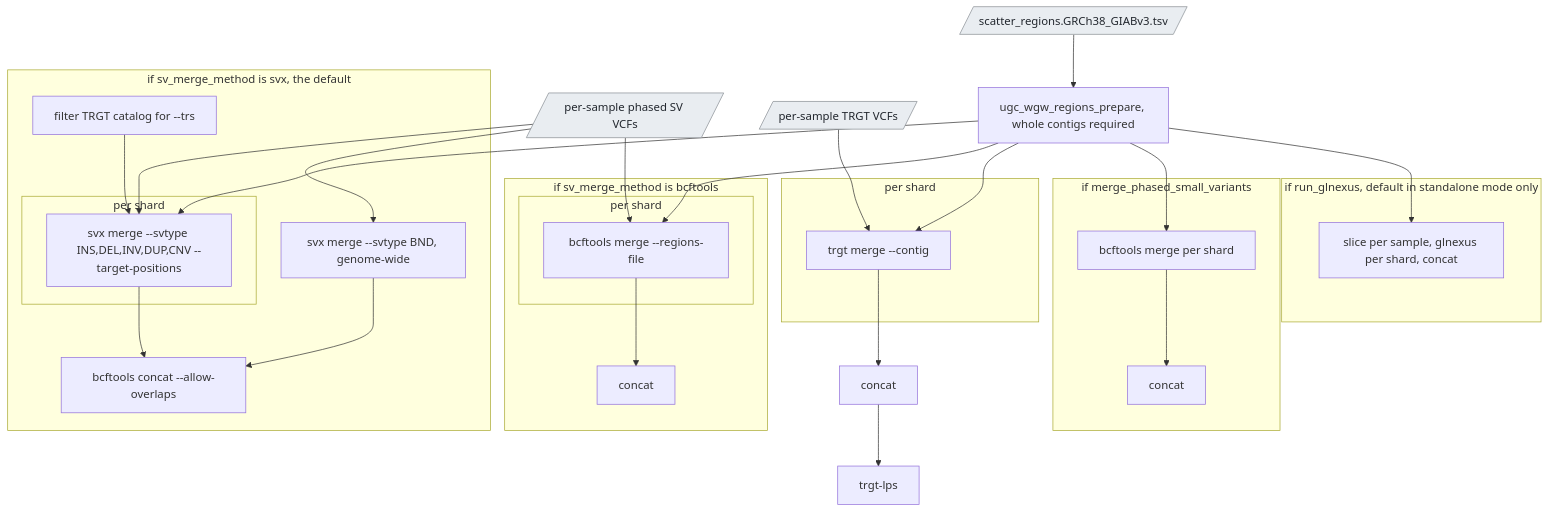
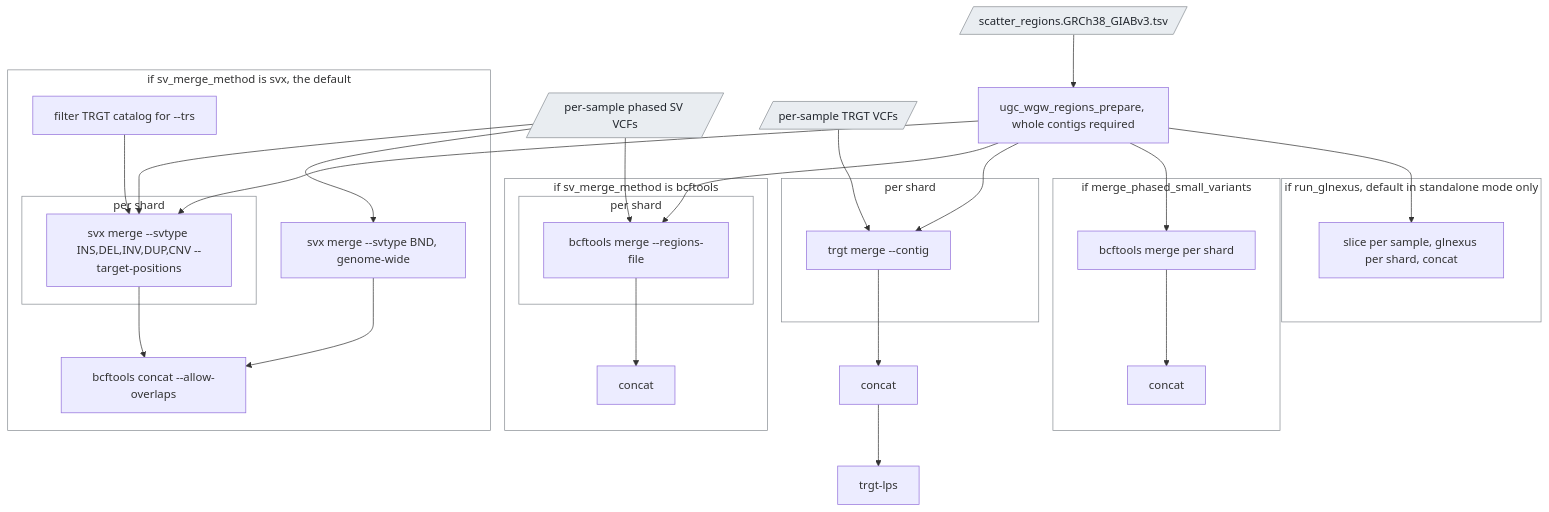
Before and after one commit to UppsalaGenomeCenter/ugc-wgw: the first of 2 diagrams in docs/guide/stages/cohort_merge.md, drawn with Mermaid. The commit also changed 19 other files, not shown here.

````diff
--- a/docs/guide/stages/cohort_merge.md
+++ b/docs/guide/stages/cohort_merge.md
@@ -16,39 +16,41 @@
 ```mermaid
 flowchart TD
   regions[/"scatter_regions.GRCh38_GIABv3.tsv"/]:::data --> prep["ugc_wgw_regions_prepare, whole contigs required"]
   svin[/"per-sample phased SV VCFs"/]:::data --> s1
   svin --> bnd
   svin --> b1
   subgraph svx["if sv_merge_method is svx, the default"]
     cat["filter TRGT catalog for --trs"] --> s1
     subgraph svs["per shard"]
       s1["svx merge --svtype INS,DEL,INV,DUP,CNV --target-positions"]
     end
     bnd["svx merge --svtype BND, genome-wide"]
     s1 --> c1["bcftools concat --allow-overlaps"]
     bnd --> c1
   end
   subgraph bcf["if sv_merge_method is bcftools"]
     subgraph bs["per shard"]
       b1["bcftools merge --regions-file"]
     end
     b1 --> c2["concat"]
   end
   trin[/"per-sample TRGT VCFs"/]:::data --> t1
   subgraph tr["per shard"]
     t1["trgt merge --contig"]
   end
   t1 --> c3["concat"] --> lps["trgt-lps"]
   subgraph ph["if merge_phased_small_variants"]
     p1["bcftools merge per shard"] --> c4["concat"]
   end
   subgraph gl["if run_glnexus, default in standalone mode only"]
     g1["slice per sample, glnexus per shard, concat"]
   end
   prep --> s1
   prep --> b1
   prep --> t1
   prep --> p1
   prep --> g1
   classDef data fill:#e9edf1,stroke:#8a8f95,color:#22272e
+  classDef box fill:none,stroke:#8a8f95
+  class svx,svs,bcf,bs,tr,ph,gl box
 ```
````
